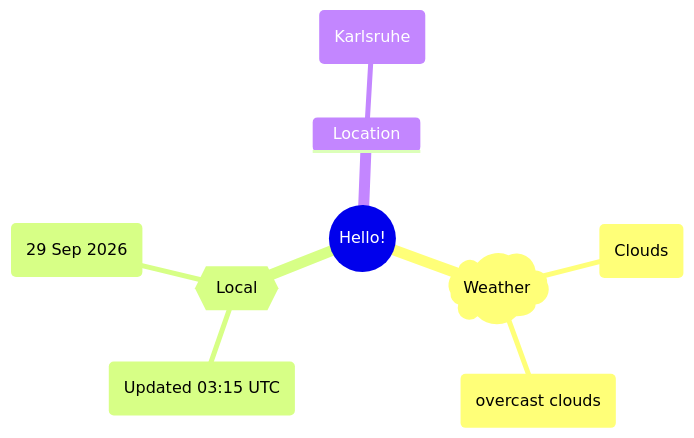
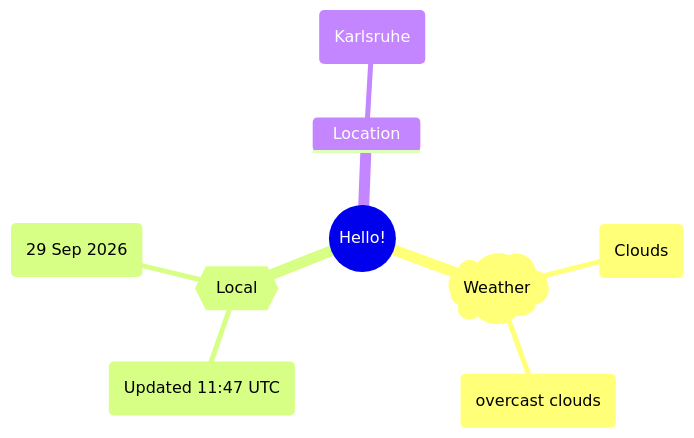
Before and after one commit to Xosrov/Xosrov: the first of 2 diagrams in README.md, drawn with Mermaid.

Commit message:
[bot] updated images

````diff
--- a/README.md
+++ b/README.md
@@ -3,12 +3,12 @@
 ```mermaid
 mindmap
   root((Hello!))
     )Weather(
         (Clouds)
         (overcast clouds)
     {{Local}}
-        (Updated 03:15 UTC)
+        (Updated 11:47 UTC)
         (29 Sep 2026)
     Location
         (Karlsruhe)
 ```
````
